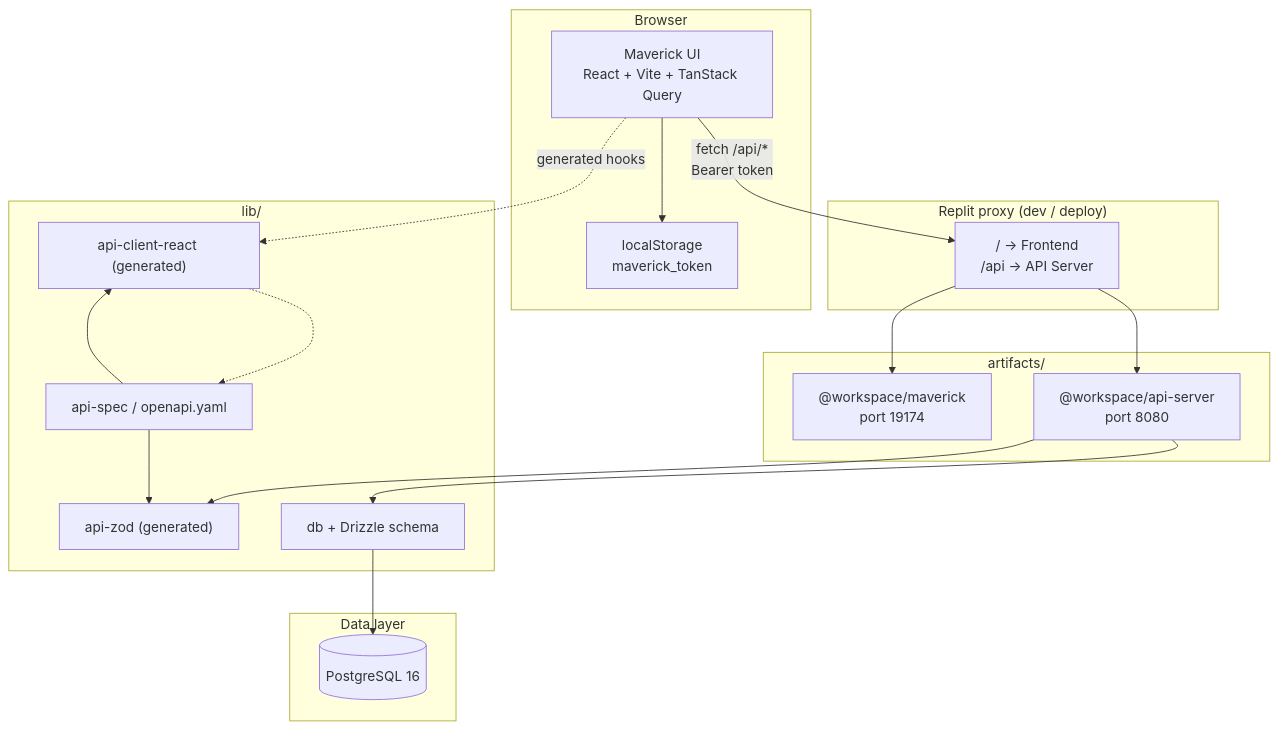
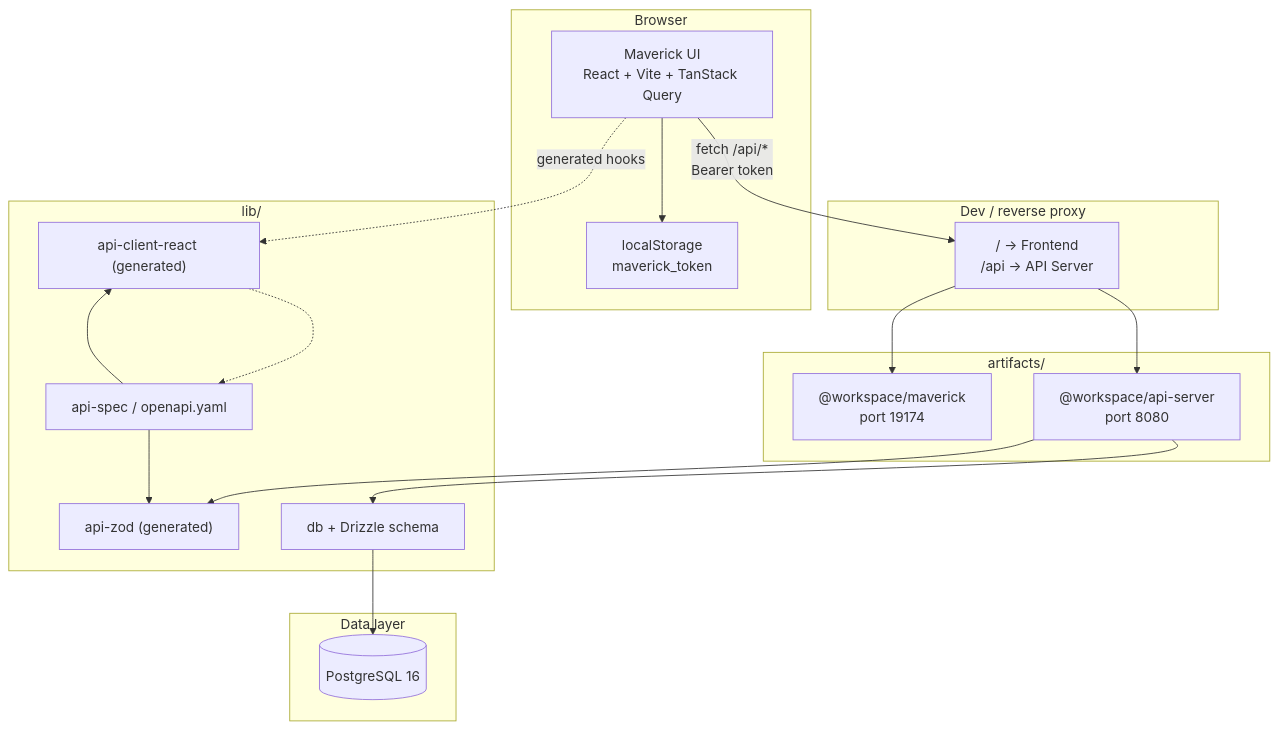
One commit to NITHISH74/Maverick-Platform-training-Management-System changed the first of 3 diagrams in README.md. Above: the diagram before and after it, drawn with Mermaid. The commit also changed other lines of this file and 8 other files, not shown here.

First line of the commit message:
chore: remove Replit-only files (not used by local dev or Azure deploy)

````diff
--- a/README.md
+++ b/README.md
@@ -33,39 +32,39 @@
 ```mermaid
 flowchart TB
   subgraph Client["Browser"]
     UI["Maverick UI<br/>React + Vite + TanStack Query"]
     LS["localStorage<br/>maverick_token"]
     UI --> LS
   end
 
-  subgraph ReplitProxy["Replit proxy (dev / deploy)"]
+  subgraph DevProxy["Dev / reverse proxy"]
     P["/ → Frontend<br/>/api → API Server"]
   end
 
   subgraph Artifacts["artifacts/"]
   FE["@workspace/maverick<br/>port 19174"]
   API["@workspace/api-server<br/>port 8080"]
   end
 
   subgraph Libs["lib/"]
   OAS["api-spec / openapi.yaml"]
   ZOD["api-zod (generated)"]
   RQ["api-client-react (generated)"]
   DB["db + Drizzle schema"]
   end
 
   subgraph Data["Data layer"]
   PG[("PostgreSQL 16")]
   end
 
   UI -->|"fetch /api/*<br/>Bearer token"| P
   P --> FE
   P --> API
   UI -.->|"generated hooks"| RQ
   RQ -.-> OAS
   API --> ZOD
   API --> DB
   DB --> PG
   OAS --> ZOD
   OAS --> RQ
 ```
````
